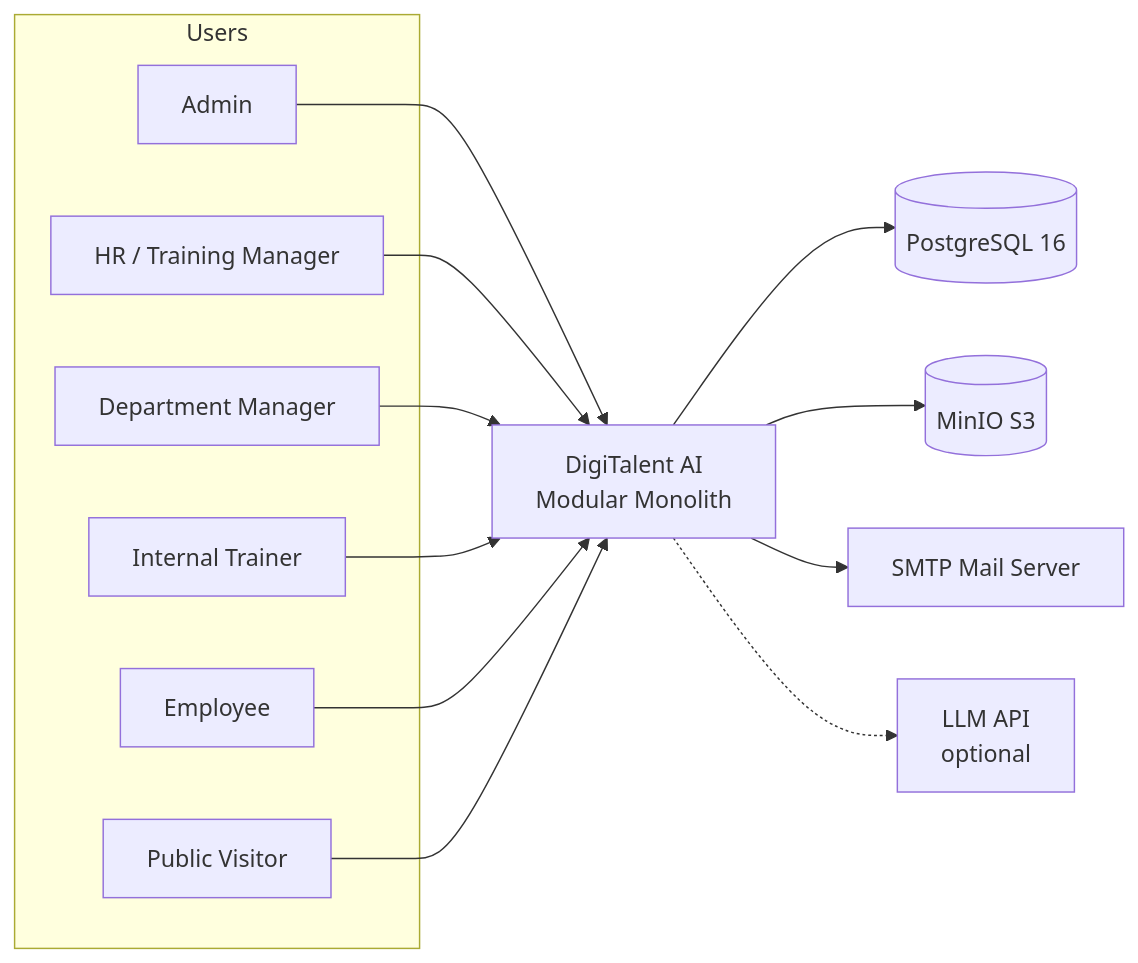
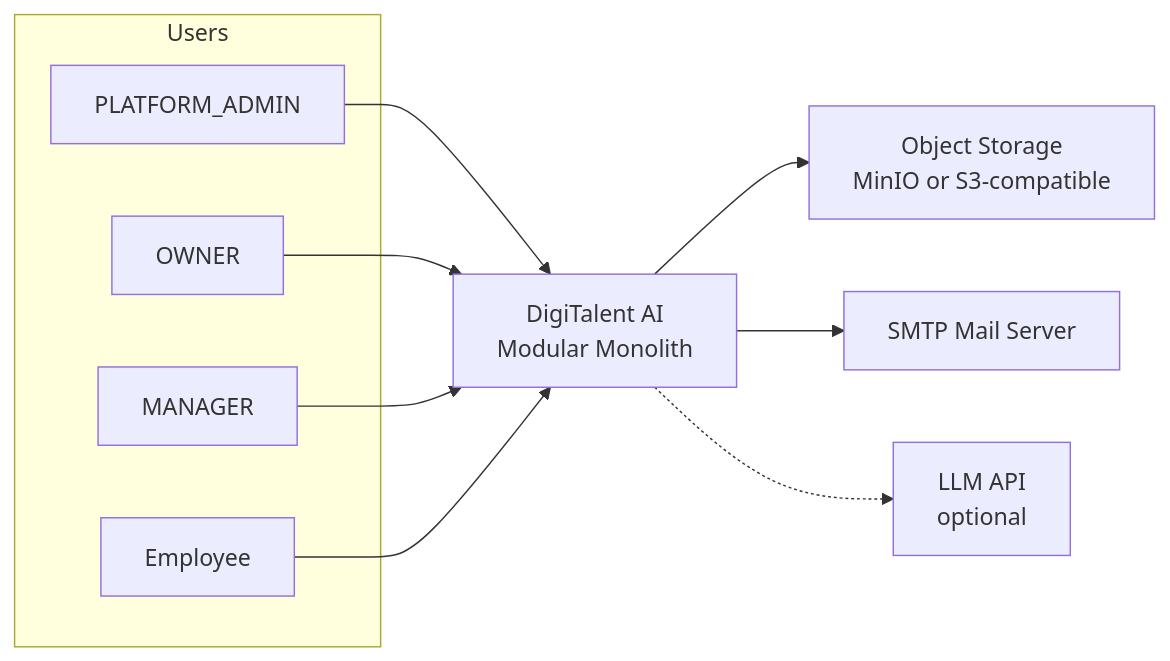
Before and after one commit to DEVSOURCE-DigiTalent/digitalent-ai: the first of 2 diagrams in docs/06_Kien_Truc_He_Thong.md, drawn with Mermaid. The commit also changed other lines of this file and 87 other files, not shown here.

````diff
--- a/docs/06_Kien_Truc_He_Thong.md
+++ b/docs/06_Kien_Truc_He_Thong.md
@@ -58,26 +61,20 @@
 ```mermaid
 flowchart LR
   subgraph Users
-    A[Admin] 
-    HR[HR / Training Manager]
-    DM[Department Manager]
-    TR[Internal Trainer]
+    A[PLATFORM_ADMIN]
+    HR[OWNER]
+    DM[MANAGER]
     EM[Employee]
-    PV[Public Visitor]
   end
   SYS[DigiTalent AI\nModular Monolith]
-  DB[(PostgreSQL 16)]
-  MINIO[(MinIO S3)]
+  OBJ[Object Storage\nMinIO or S3-compatible]
   SMTP[SMTP Mail Server]
   LLM[LLM API\noptional]
   A --> SYS
   HR --> SYS
   DM --> SYS
-  TR --> SYS
   EM --> SYS
-  PV --> SYS
-  SYS --> DB
-  SYS --> MINIO
+  SYS --> OBJ
   SYS --> SMTP
   SYS -.-> LLM
 ```
````
